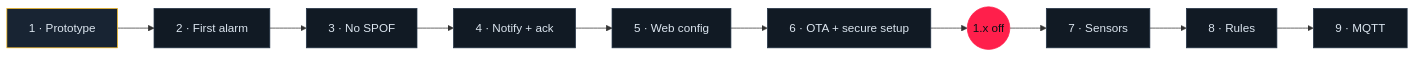
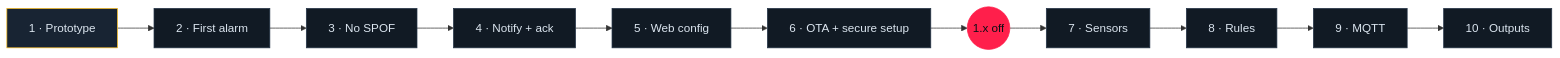
The fourth of 4 diagrams in README.md (wol-micro/garageAlarms2.0), drawn with Mermaid before and after one commit. The commit also changed other lines of this file and 14 other files, not shown here.

First line of the commit message:
Plan update: relay outputs and MQTT inbound commands (epic 10)

````diff
--- a/README.md
+++ b/README.md
@@ -272,13 +272,13 @@
 ```mermaid
 flowchart LR
   E1["1 · Prototype"] --> E2["2 · First alarm"] --> E3["3 · No SPOF"] --> E4["4 · Notify + ack"] --> E5["5 · Web config"]
   E5 --> E6["6 · OTA + secure setup"] --> M(("1.x off"))
-  M --> E7["7 · Sensors"] --> E8["8 · Rules"] --> E9["9 · MQTT"]
+  M --> E7["7 · Sensors"] --> E8["8 · Rules"] --> E9["9 · MQTT"] --> E10["10 · Outputs"]
 
   classDef next fill:#182433,stroke:#fbbf24,color:#dce6f0
   classDef todo fill:#111a24,stroke:#243447,color:#dce6f0
   classDef mile fill:#ff1f4b,stroke:#ff1f4b,color:#0b1016
   class E1 next
-  class E2,E3,E4,E5,E6,E7,E8,E9 todo
+  class E2,E3,E4,E5,E6,E7,E8,E9,E10 todo
   class M mile
 ```
````
